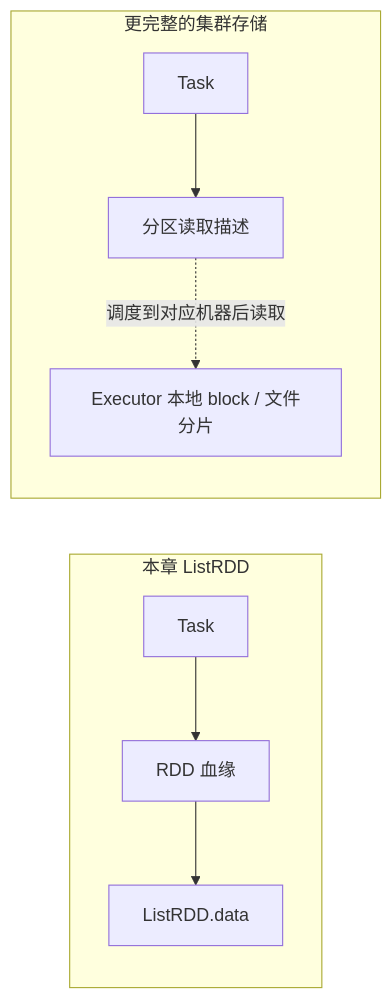
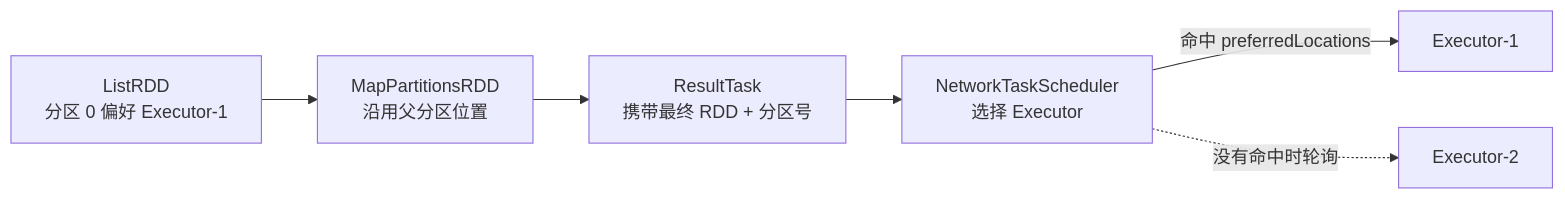
Before and after one commit to rchaocai/mini-spark: the sixth of 9 diagrams in content/docs/03-part3/ch09-network-rpc.md, drawn with Mermaid. The commit also changed other lines of this file, not shown here.

````diff
--- a/content/docs/03-part3/ch09-network-rpc.md
+++ b/content/docs/03-part3/ch09-network-rpc.md
@@ -567,17 +588,13 @@
 ```mermaid
 flowchart LR
-    subgraph A["本章 ListRDD"]
-        T1["Task"]
-        R1["RDD 血缘"]
-        D1["ListRDD.data"]
-        T1 --> R1 --> D1
-    end
+    L["ListRDD<br/>分区 0 偏好 Executor-1"]
+    M["MapPartitionsRDD<br/>沿用父分区位置"]
+    T["ResultTask<br/>携带最终 RDD + 分区号"]
+    S["NetworkTaskScheduler<br/>选择 Executor"]
+    E1["Executor-1"]
+    E2["Executor-2"]
 
-    subgraph B["更完整的集群存储"]
-        T2["Task"]
-        R2["分区读取描述"]
-        W2["Executor 本地 block / 文件分片"]
-        T2 --> R2
-        R2 -.调度到对应机器后读取.-> W2
-    end
+    L --> M --> T --> S
+    S -->|"命中 preferredLocations"| E1
+    S -.没有命中时轮询.-> E2
 ```
````
